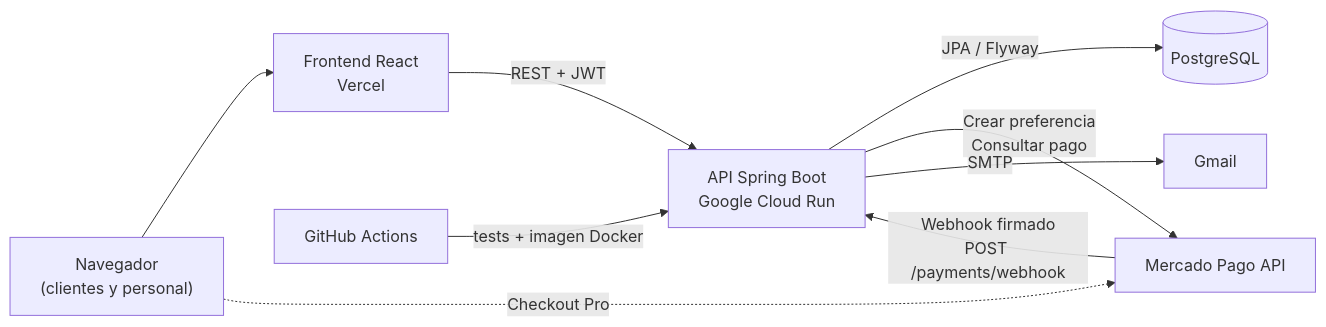
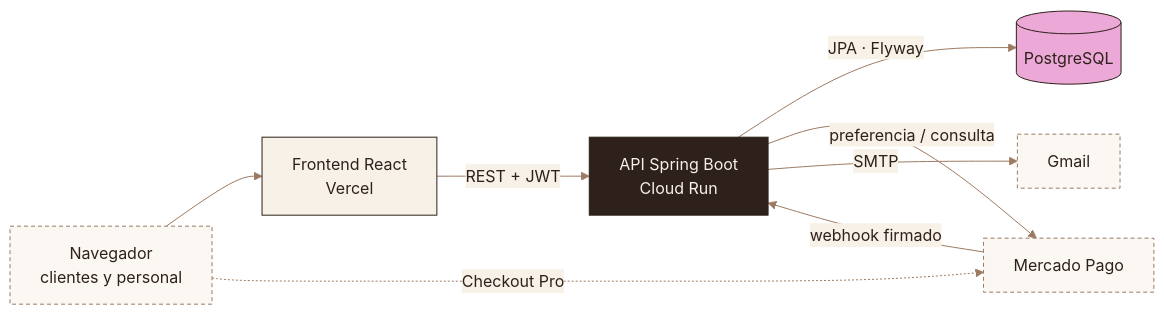
Before and after one commit to HotelGotitass/Hotel: the first of 8 diagrams in README.md, drawn with Mermaid. The commit also changed other lines of this file, not shown here.

Commit message:
docs: rediseno del README con encabezado, tarjetas y diagramas con la paleta de marca

````diff
--- a/README.md
+++ b/README.md
@@ -22,11 +44,14 @@
 ```mermaid
+%%{init: {"theme":"base","themeVariables":{"primaryColor":"#F7F1E8","primaryTextColor":"#2E211B","primaryBorderColor":"#2E211B","lineColor":"#9C7A63","secondaryColor":"#ECA8D6","tertiaryColor":"#FBF8F3","edgeLabelBackground":"#F7F1E8","noteBkgColor":"#ECA8D6","noteTextColor":"#2E211B","noteBorderColor":"#2E211B","actorBkg":"#2E211B","actorTextColor":"#F7F1E8","actorBorder":"#2E211B","actorLineColor":"#9C7A63","signalColor":"#9C7A63","signalTextColor":"#9C7A63","labelBoxBkgColor":"#ECA8D6","labelTextColor":"#2E211B","loopTextColor":"#9C7A63","attributeBackgroundColorOdd":"#FBF8F3","attributeBackgroundColorEven":"#F7F1E8"}}}%%
 flowchart LR
-    U["Navegador<br/>(clientes y personal)"] --> FE["Frontend React<br/>Vercel"]
-    FE -->|"REST + JWT"| API["API Spring Boot<br/>Google Cloud Run"]
-    API -->|"JPA / Flyway"| DB[("PostgreSQL")]
-    API -->|"Crear preferencia<br/>Consultar pago"| MP["Mercado Pago API"]
-    MP -->|"Webhook firmado<br/>POST /payments/webhook"| API
+    U["Navegador<br/>clientes y personal"]:::ext --> FE["Frontend React<br/>Vercel"]
+    FE -->|"REST + JWT"| API["API Spring Boot<br/>Cloud Run"]:::dark
+    API -->|"JPA · Flyway"| DB[("PostgreSQL")]:::accent
+    API -->|"preferencia / consulta"| MP["Mercado Pago"]:::ext
+    MP -->|"webhook firmado"| API
     U -.->|"Checkout Pro"| MP
-    API -->|"SMTP"| MAIL["Gmail"]
-    GH["GitHub Actions"] -->|"tests + imagen Docker"| API
+    API -->|"SMTP"| MAIL["Gmail"]:::ext
+    classDef dark fill:#2E211B,stroke:#2E211B,color:#F7F1E8
+    classDef accent fill:#ECA8D6,stroke:#2E211B,color:#2E211B
+    classDef ext fill:#FBF8F3,stroke:#9C7A63,color:#2E211B,stroke-dasharray:4 3
 ```
````
